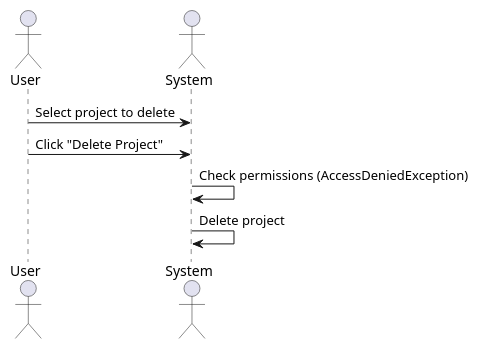
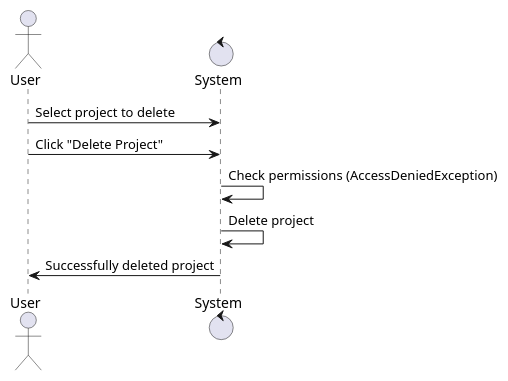
Before and after one commit to luckyscammer/IO-35_DB_gr4: diagram 11 of 20 in docs/use cases/README.md, drawn with PlantUML.

Commit message:
Fixed DeleteProject diagram

```diff
--- a/docs/use cases/README.md
+++ b/docs/use cases/README.md
@@ -222,11 +222,12 @@
 @startuml
 
 actor User
-actor System
+control System
 
 User -> System: Select project to delete
 User -> System: Click "Delete Project"
 System -> System: Check permissions (AccessDeniedException)
 System -> System: Delete project
+System -> User: Successfully deleted project
 
 @enduml
```
